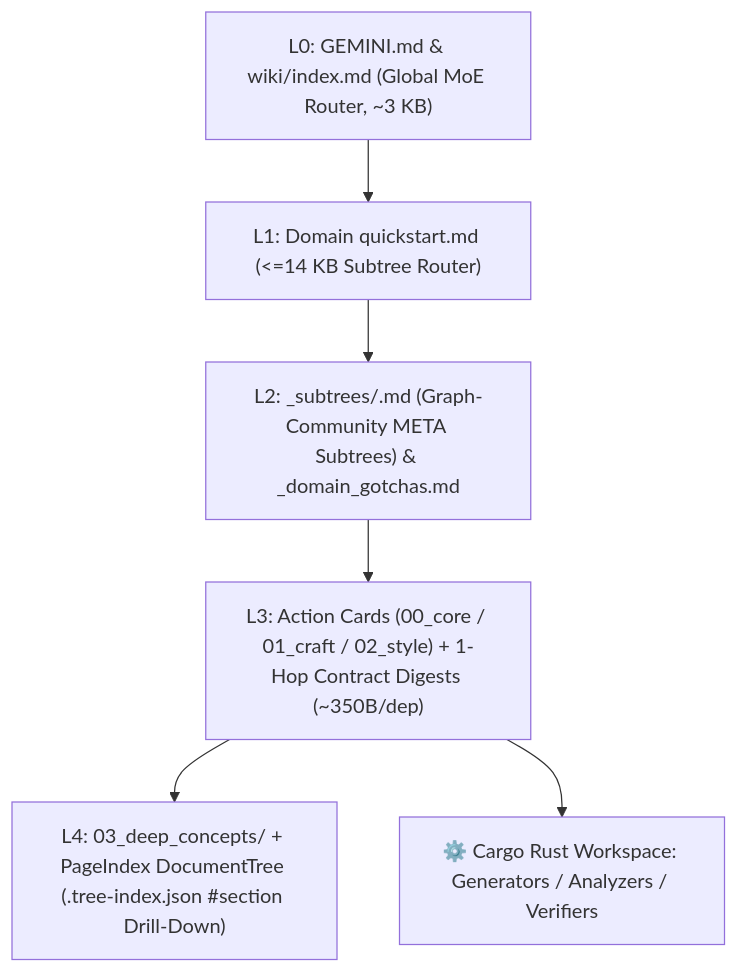
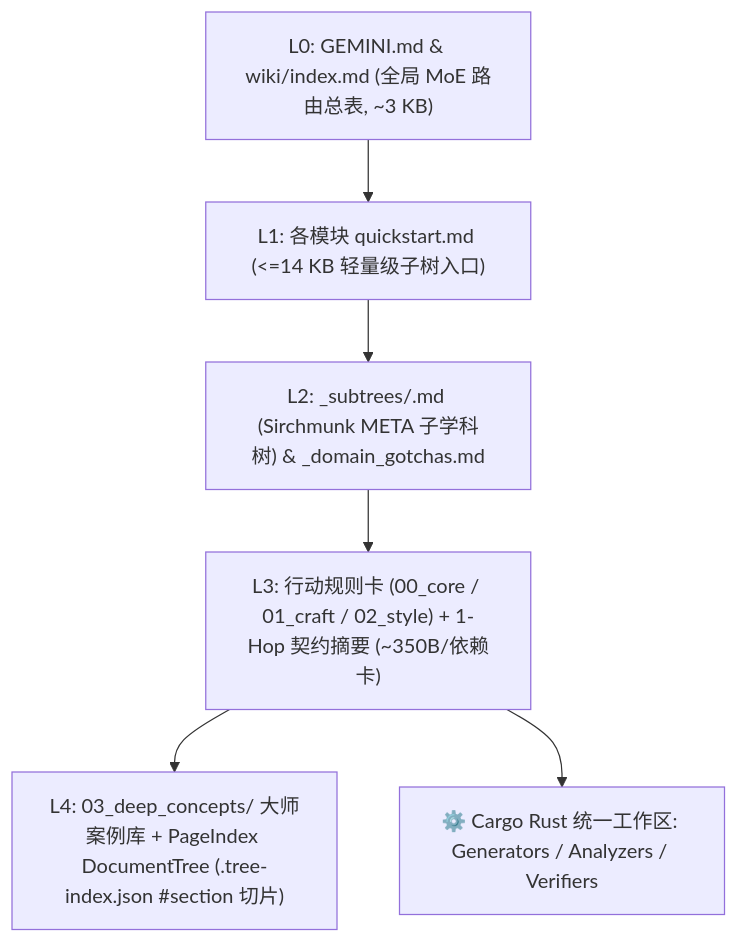
The diagram in README.md (ShabbyWhineYear/AgentStacks), drawn with Mermaid before and after one commit. The commit also changed other lines of this file and 1 other file, not shown here.

````diff
--- a/README.md
+++ b/README.md
@@ -23,8 +28,8 @@
 ```mermaid
 flowchart TD
-    L0["L0: GEMINI.md & wiki/index.md (Global MoE Router, ~3 KB)"] --> L1["L1: Domain quickstart.md (<=14 KB Subtree Router)"]
-    L1 --> L2["L2: _subtrees/<slug>.md (Graph-Community META Subtrees) & _domain_gotchas.md"]
-    L2 --> L3["L3: Action Cards (00_core / 01_craft / 02_style) + 1-Hop Contract Digests (~350B/dep)"]
-    L3 --> L4["L4: 03_deep_concepts/ + PageIndex DocumentTree (.tree-index.json #section Drill-Down)"]
-    L3 --> RS["⚙️ Cargo Rust Workspace: Generators / Analyzers / Verifiers"]
+    L0["L0: GEMINI.md & wiki/index.md (全局 MoE 路由总表, ~3 KB)"] --> L1["L1: 各模块 quickstart.md (<=14 KB 轻量级子树入口)"]
+    L1 --> L2["L2: _subtrees/<slug>.md (Sirchmunk META 子学科树) & _domain_gotchas.md"]
+    L2 --> L3["L3: 行动规则卡 (00_core / 01_craft / 02_style) + 1-Hop 契约摘要 (~350B/依赖卡)"]
+    L3 --> L4["L4: 03_deep_concepts/ 大师案例库 + PageIndex DocumentTree (.tree-index.json #section 切片)"]
+    L3 --> RS["⚙️ Cargo Rust 统一工作区: Generators / Analyzers / Verifiers"]
 ```
````
